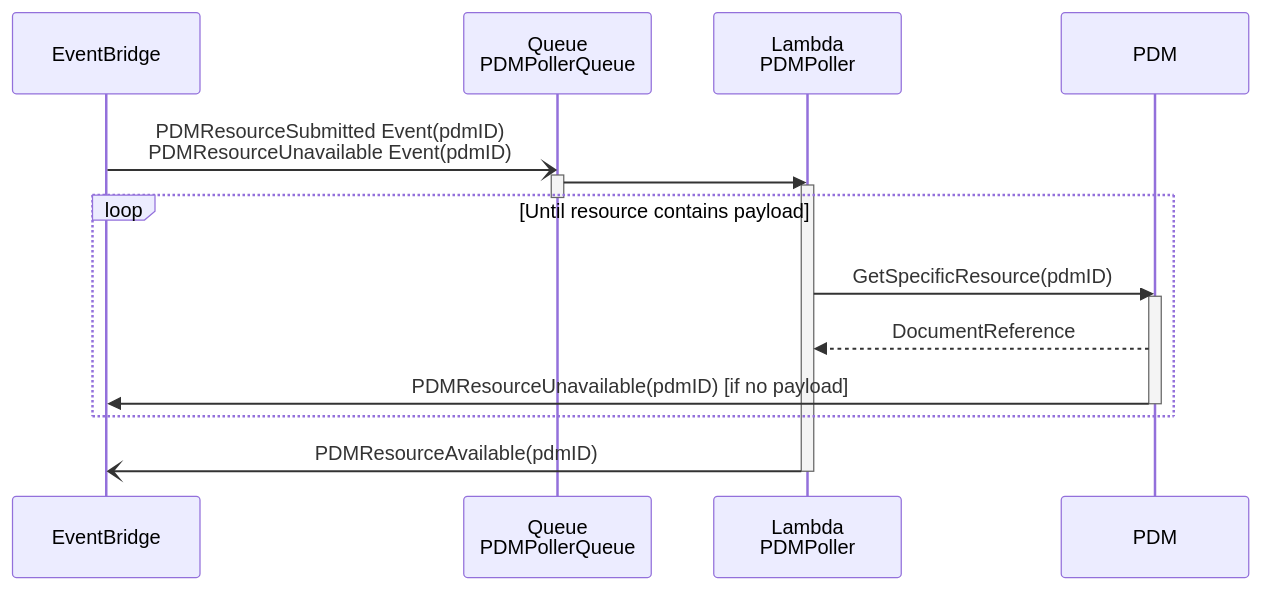
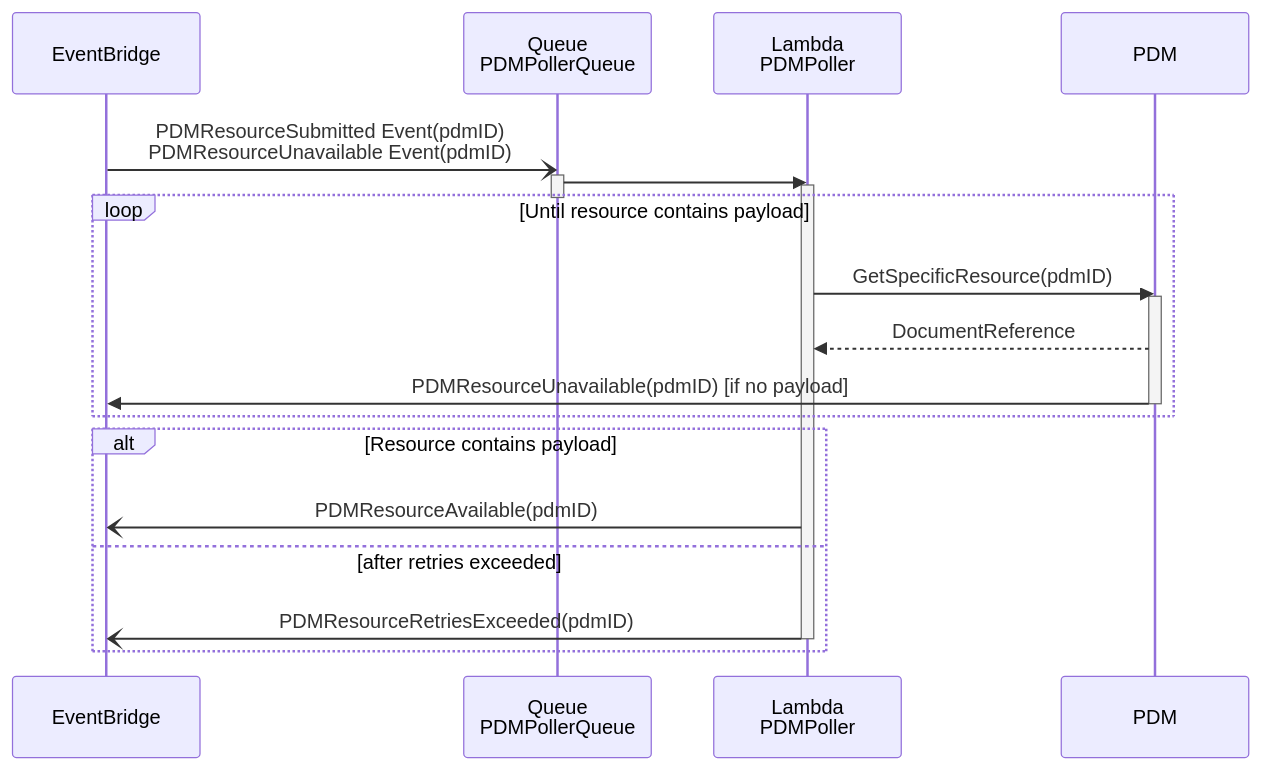
Before and after one commit to RossBugginsNHS/nhs-notify-digital-letters: the diagram in docs/diagrams/pdm-poll.md, drawn with Mermaid. The commit also changed 30 other files, not shown here.

````diff
--- a/docs/diagrams/pdm-poll.md
+++ b/docs/diagrams/pdm-poll.md
@@ -14,23 +14,27 @@
 ```mermaid
 
 sequenceDiagram
   participant eventBus as EventBridge
   participant pdmPollerQueue as Queue<br/>PDMPollerQueue
   participant pdmPoller as Lambda<br/>PDMPoller
   participant pdm as PDM
 
   eventBus -) pdmPollerQueue: PDMResourceSubmitted Event(pdmID)<br/>PDMResourceUnavailable Event(pdmID)
   activate pdmPollerQueue
   pdmPollerQueue ->> pdmPoller:
   deactivate pdmPollerQueue
   activate pdmPoller
   loop Until resource contains payload
     pdmPoller ->> pdm: GetSpecificResource(pdmID)
     activate pdm
     pdm -->> pdmPoller: DocumentReference
     pdm ->> eventBus: PDMResourceUnavailable(pdmID) [if no payload]
     deactivate pdm
   end
+  alt Resource contains payload
   pdmPoller -) eventBus: PDMResourceAvailable(pdmID)
+  else after retries exceeded
+  pdmPoller -) eventBus: PDMResourceRetriesExceeded(pdmID)
   deactivate pdmPoller
+  end
 ```
````
